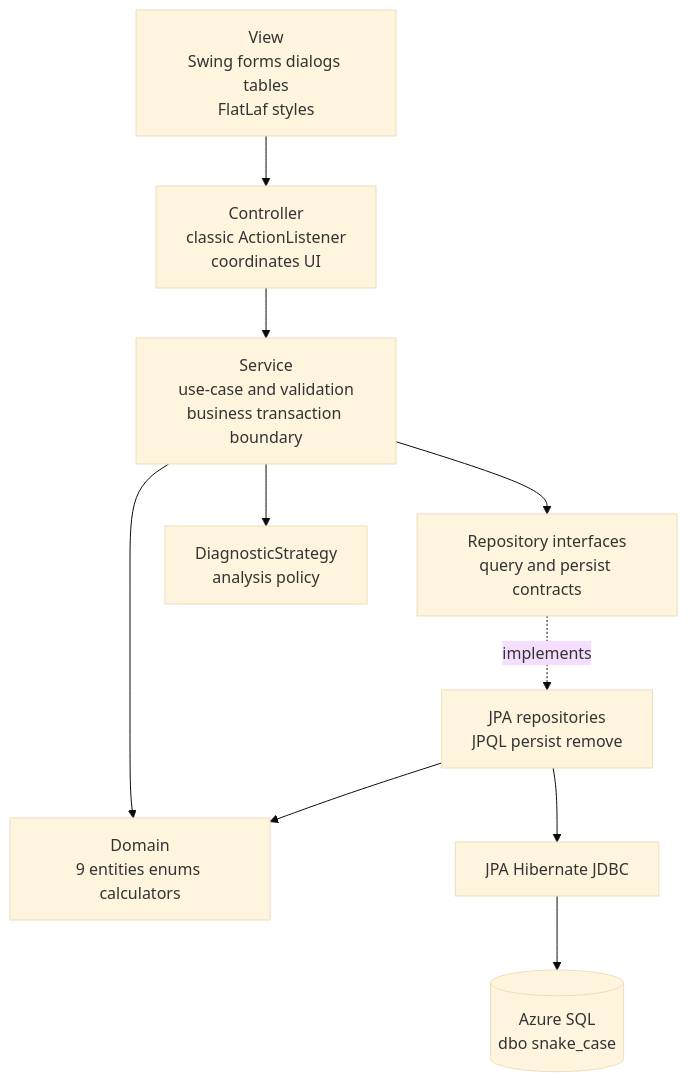
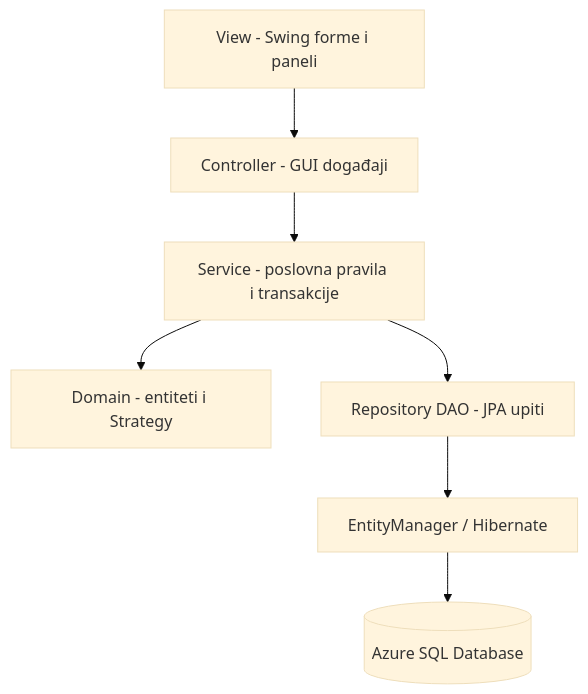
One commit to KarloLerga/AutoCare changed the diagram in docs/architecture.mmd. Above: the diagram before and after it, drawn with Mermaid (base theme). The commit also changed 58 other files, not shown here.

```diff
--- a/docs/architecture.mmd
+++ b/docs/architecture.mmd
@@ -1,10 +1,15 @@
 flowchart TD
-    V[View<br/>Swing forms dialogs tables<br/>FlatLaf styles] --> C[Controller<br/>classic ActionListener<br/>coordinates UI]
-    C --> S[Service<br/>use-case and validation<br/>business transaction boundary]
-    S --> D[Domain<br/>9 entities enums calculators]
-    S --> R[Repository interfaces<br/>query and persist contracts]
-    S --> STR[DiagnosticStrategy<br/>analysis policy]
-    R -. implements .-> P[JPA repositories<br/>JPQL persist remove]
-    P --> D
-    P --> I[JPA Hibernate JDBC]
-    I --> DB[(Azure SQL<br/>dbo snake_case)]
+    V[View - Swing forme i paneli]
+    C[Controller - GUI događaji]
+    S[Service - poslovna pravila i transakcije]
+    D[Domain - entiteti i Strategy]
+    R[Repository DAO - JPA upiti]
+    J[EntityManager / Hibernate]
+    DB[(Azure SQL Database)]
+
+    V --> C
+    C --> S
+    S --> D
+    S --> R
+    R --> J
+    J --> DB
```
